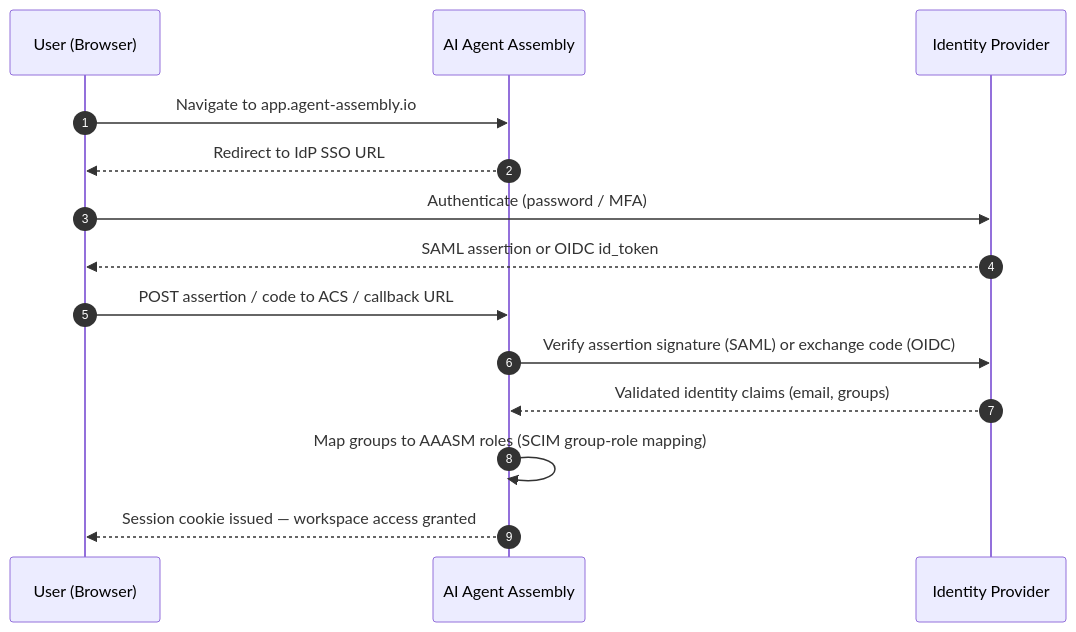
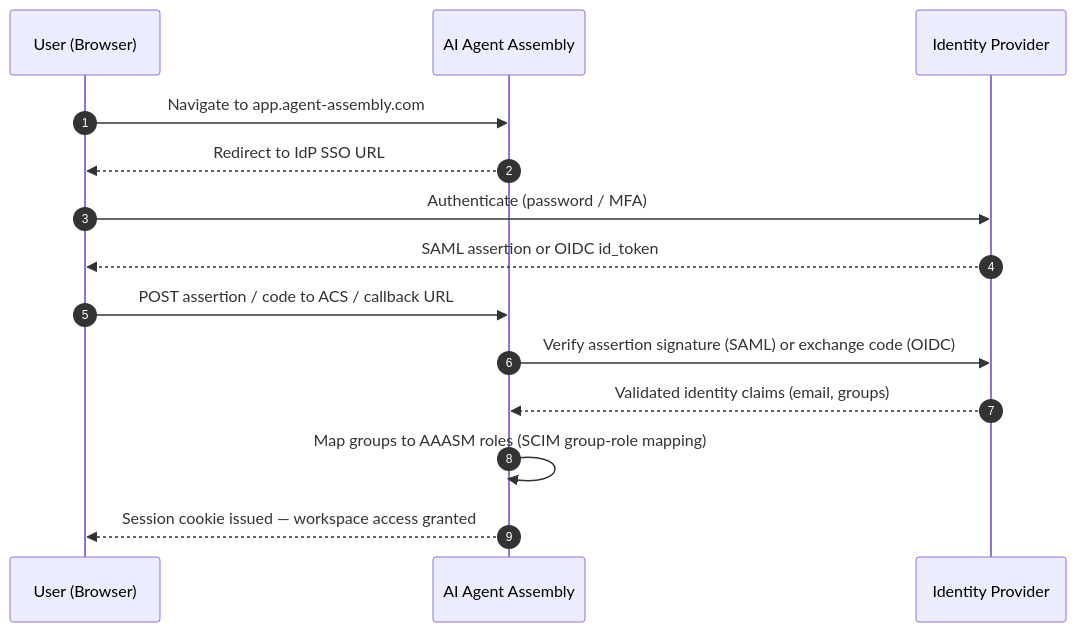
One commit to ai-agent-assembly/docs changed the diagram in docs/src/cloud-deployment.md. Above: the diagram before and after it, drawn with Mermaid. The commit also changed other lines of this file, not shown here.

Commit message:
🐛 (docs): Retarget cloud-deployment SaaS hosts to .com
ADR-0007 mandates the .io→.com correction for canonical SaaS hosts.
Update app.agent-assembly.io references to app.agent-assembly.com.

Claude-Session: https://claude.ai/code/session_01R7vqjjo5nrebYNt8WnCNbz

````diff
--- a/docs/src/cloud-deployment.md
+++ b/docs/src/cloud-deployment.md
@@ -57,17 +57,17 @@
 ```mermaid
 sequenceDiagram
   autonumber
   participant User as User (Browser)
   participant AAA as AI Agent Assembly
   participant IdP as Identity Provider
 
-  User->>AAA: Navigate to app.agent-assembly.io
+  User->>AAA: Navigate to app.agent-assembly.com
   AAA-->>User: Redirect to IdP SSO URL
   User->>IdP: Authenticate (password / MFA)
   IdP-->>User: SAML assertion or OIDC id_token
   User->>AAA: POST assertion / code to ACS / callback URL
   AAA->>IdP: Verify assertion signature (SAML) or exchange code (OIDC)
   IdP-->>AAA: Validated identity claims (email, groups)
   AAA->>AAA: Map groups to AAASM roles (SCIM group-role mapping)
   AAA-->>User: Session cookie issued — workspace access granted
 ```
````
